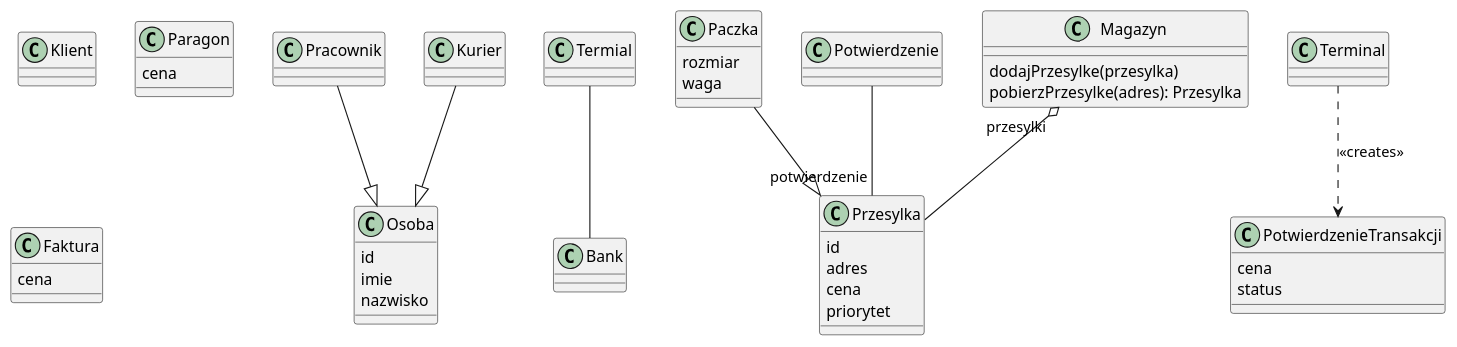
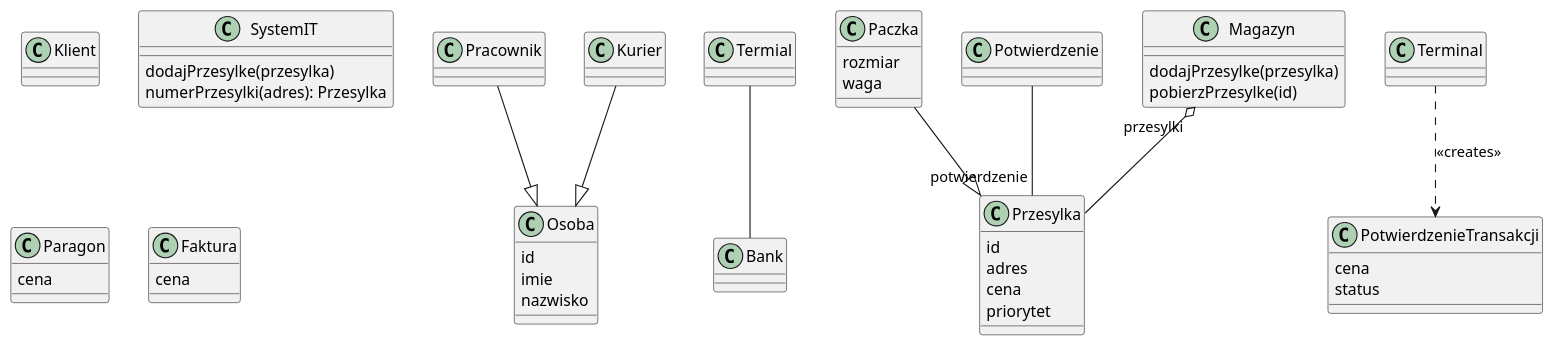
The diagram in zaoczne/g2/poczta_diagr_klas.plantuml (kpodlaski/ProjektowanieObiektowe_2024-24), drawn with PlantUML before and after one commit. The commit also changed 1 other file, not shown here.

```diff
--- a/zaoczne/g2/poczta_diagr_klas.plantuml
+++ b/zaoczne/g2/poczta_diagr_klas.plantuml
@@ -1,51 +1,58 @@
 @startuml
 
 class Pracownik{}
 class Bank {} 
 class Klient{}
 class Kurier {}
 class Osoba{
     id
     imie 
     nazwisko
 }
 class Przesylka{
     id 
     adres
     cena 
     priorytet
     'potwierdzenie : Potwierdzenie 
 }
 class Paczka{
     rozmiar
     waga
 }
 
 class Potwierdzenie {}
 
 class Magazyn{
     'przesylki : Przesylka[]
     dodajPrzesylke(przesylka)
-    pobierzPrzesylke(adres): Przesylka
+    pobierzPrzesylke(id)
+}
+
+
+class SystemIT{
+    'przesylki : Przesylka[]
+    dodajPrzesylke(przesylka)
+    numerPrzesylki(adres): Przesylka
 }
 
 class Paragon{ 
     cena
 }
 class Termial{}
 class Faktura{ 
     cena
 }
 class PotwierdzenieTransakcji{ 
     cena
     status
 }
 
 Terminal ..> PotwierdzenieTransakcji : <<creates>> 
 Paczka --|> Przesylka
 Potwierdzenie -- "potwierdzenie" Przesylka
 Magazyn "przesylki" o-- Przesylka
 Termial -- Bank
 Kurier --|> Osoba
 Pracownik --|> Osoba
 @enduml
```
